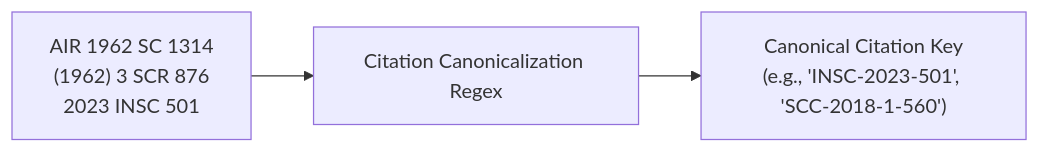
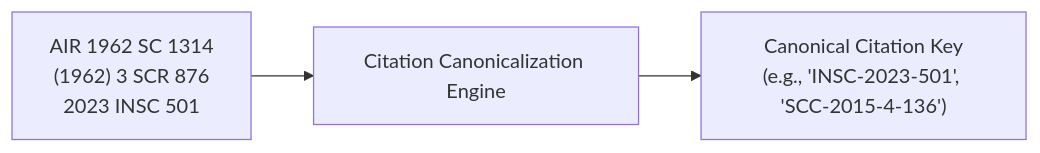
The second of 2 diagrams in 09_DATA_PREPROCESSING_PIPELINE.md (Yatharthnagpal/review), drawn with Mermaid before and after one commit. The commit also changed other lines of this file and 18 other files, not shown here.

````diff
--- a/09_DATA_PREPROCESSING_PIPELINE.md
+++ b/09_DATA_PREPROCESSING_PIPELINE.md
@@ -105,5 +139,5 @@
 ```mermaid
 flowchart LR
-    RawCit["AIR 1962 SC 1314<br/>(1962) 3 SCR 876<br/>2023 INSC 501"] --> Normalizer["Citation Canonicalization Regex"]
-    Normalizer --> Key["Canonical Citation Key<br/>(e.g., 'INSC-2023-501', 'SCC-2018-1-560')"]
+    RawCit["AIR 1962 SC 1314<br/>(1962) 3 SCR 876<br/>2023 INSC 501"] --> Normalizer["Citation Canonicalization Engine"]
+    Normalizer --> Key["Canonical Citation Key<br/>(e.g., 'INSC-2023-501', 'SCC-2015-4-136')"]
 ```
````
